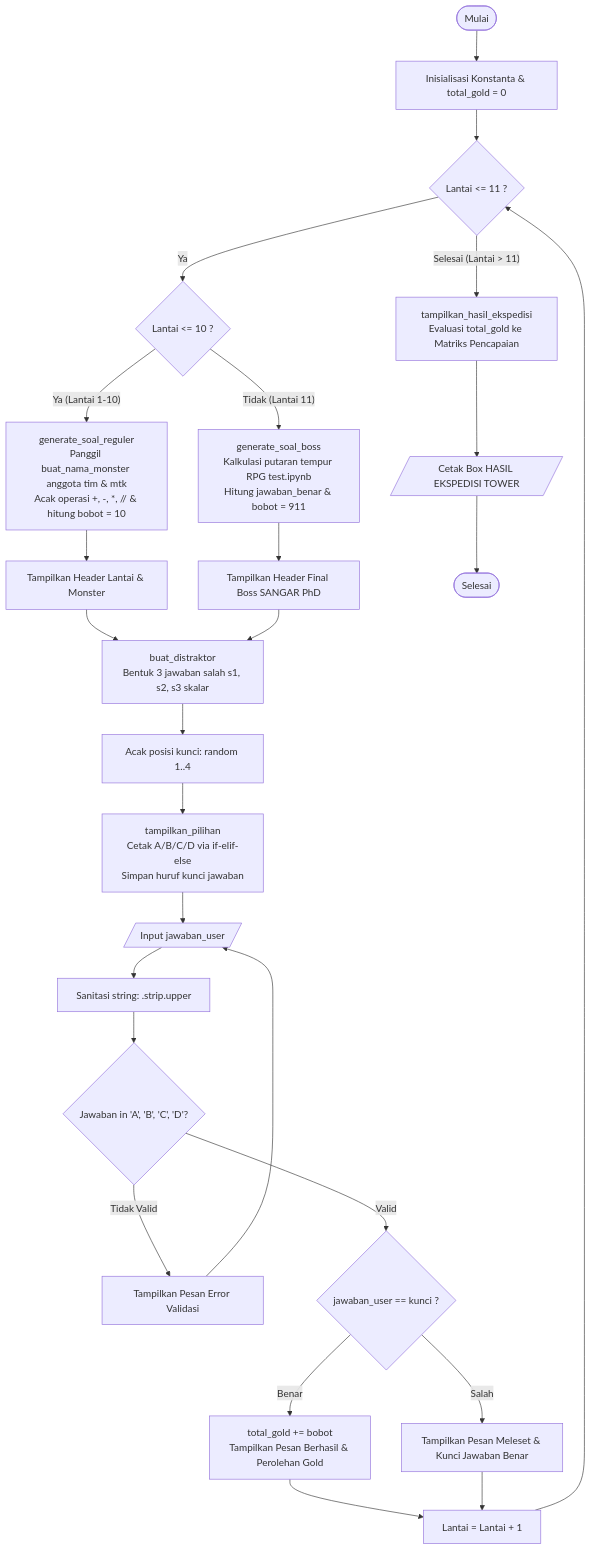
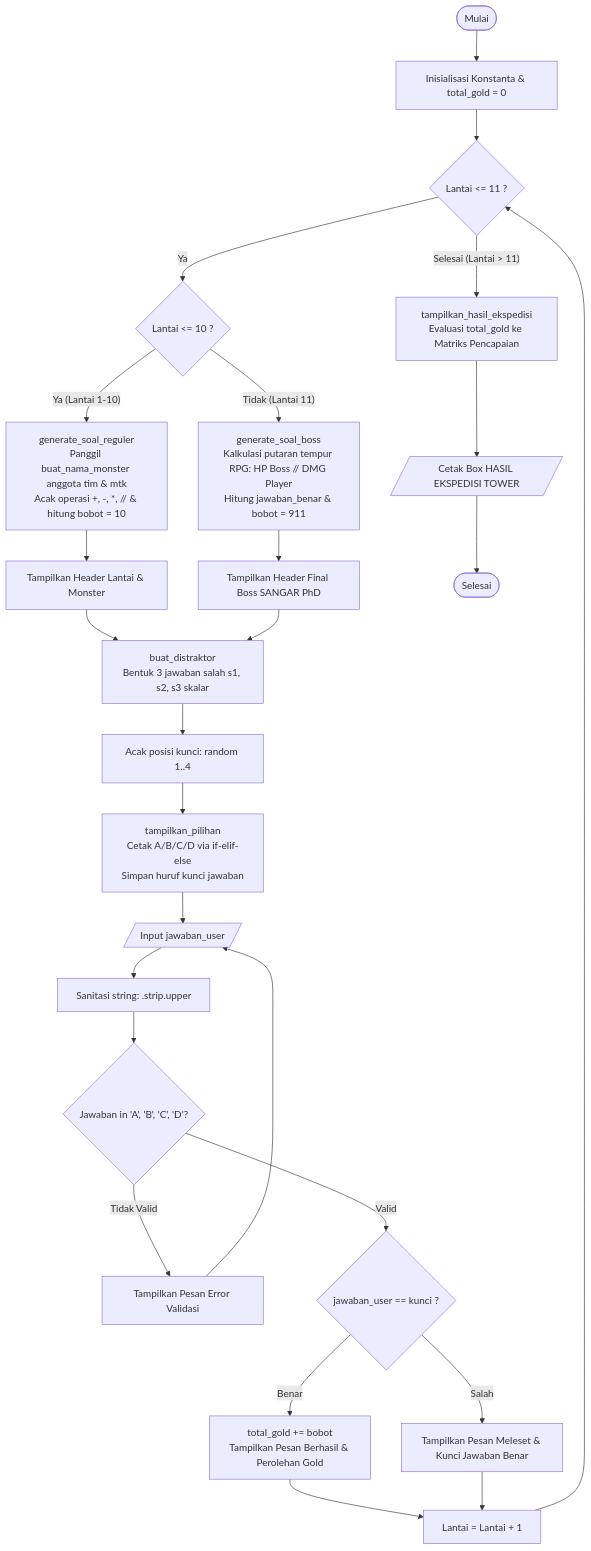
Before and after one commit to LLemong-22/UTS_PAP: the diagram in UTS-PAP-KELOMPOK-9/flowchart/flowchart_game.md, drawn with Mermaid. The commit also changed 4 other files, not shown here.

````diff
--- a/UTS-PAP-KELOMPOK-9/flowchart/flowchart_game.md
+++ b/UTS-PAP-KELOMPOK-9/flowchart/flowchart_game.md
@@ -10,41 +10,41 @@
 ```mermaid
 flowchart TD
     Start([Mulai]) --> Init[Inisialisasi Konstanta & total_gold = 0]
     Init --> LoopStart{Lantai <= 11 ?}
 
     %% Cabang Kondisi Lantai
     LoopStart -- Ya --> CekLantai{Lantai <= 10 ?}
     
     CekLantai -- Ya (Lantai 1-10) --> GenReguler[generate_soal_reguler<br/>Panggil buat_nama_monster anggota tim & mtk<br/>Acak operasi +, -, *, // & hitung bobot = 10]
-    CekLantai -- Tidak (Lantai 11) --> GenBoss[generate_soal_boss<br/>Kalkulasi putaran tempur RPG test.ipynb<br/>Hitung jawaban_benar & bobot = 911]
+    CekLantai -- Tidak (Lantai 11) --> GenBoss[generate_soal_boss<br/>Kalkulasi putaran tempur RPG: HP Boss // DMG Player<br/>Hitung jawaban_benar & bobot = 911]
 
     GenReguler --> DisplayHeader[Tampilkan Header Lantai & Monster]
     GenBoss --> DisplayHeaderBoss[Tampilkan Header Final Boss SANGAR PhD]
 
     DisplayHeader --> Distraktor[buat_distraktor<br/>Bentuk 3 jawaban salah s1, s2, s3 skalar]
     DisplayHeaderBoss --> Distraktor
 
     Distraktor --> AcakPosisi[Acak posisi kunci: random 1..4]
     AcakPosisi --> CetakOpsi[tampilkan_pilihan<br/>Cetak A/B/C/D via if-elif-else<br/>Simpan huruf kunci jawaban]
 
     %% Validasi Input Pengguna
     CetakOpsi --> InputUser[/Input jawaban_user/]
     InputUser --> Sanitasi[Sanitasi string: .strip.upper]
     Sanitasi --> Validasi{Jawaban in 'A', 'B', 'C', 'D'?}
     Validasi -- Tidak Valid --> PesanError[Tampilkan Pesan Error Validasi]
     PesanError --> InputUser
     
     %% Evaluasi Jawaban
     Validasi -- Valid --> CekJawaban{jawaban_user == kunci ?}
     CekJawaban -- Benar --> TambahGold[total_gold += bobot<br/>Tampilkan Pesan Berhasil & Perolehan Gold]
     CekJawaban -- Salah --> PesanSalah[Tampilkan Pesan Meleset & Kunci Jawaban Benar]
 
     TambahGold --> NextFloor[Lantai = Lantai + 1]
     PesanSalah --> NextFloor
     NextFloor --> LoopStart
 
     %% Rekapitulasi Akhir
     LoopStart -- Selesai (Lantai > 11) --> TampilRekap[tampilkan_hasil_ekspedisi<br/>Evaluasi total_gold ke Matriks Pencapaian]
     TampilRekap --> CetakSkor[/Cetak Box HASIL EKSPEDISI TOWER/]
     CetakSkor --> End([Selesai])
 ```
````
